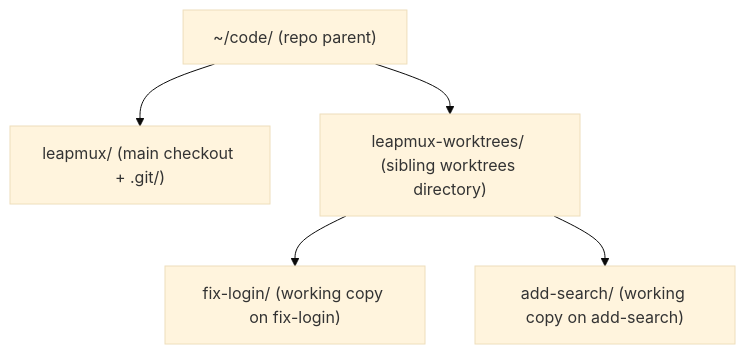
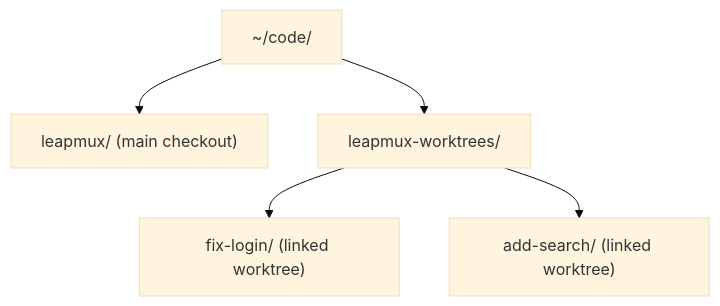
The diagram in site/content/docs/using/worktrees-and-branches.md (leapmux/leapmux), drawn with Mermaid (base theme) before and after one commit. The commit also changed other lines of this file and 165 other files, not shown here.

````diff
--- a/site/content/docs/using/worktrees-and-branches.md
+++ b/site/content/docs/using/worktrees-and-branches.md
@@ -130,7 +75,7 @@
 ```mermaid
 flowchart TD
-  Parent["~/code/ (repo parent)"] --> Main["leapmux/ (main checkout + .git/)"]
-  Parent --> Sibling["leapmux-worktrees/ (sibling worktrees directory)"]
-  Sibling --> Fix["fix-login/ (working copy on fix-login)"]
-  Sibling --> Search["add-search/ (working copy on add-search)"]
+  Parent["~/code/"] --> Main["leapmux/ (main checkout)"]
+  Parent --> Sibling["leapmux-worktrees/"]
+  Sibling --> Fix["fix-login/ (linked worktree)"]
+  Sibling --> Search["add-search/ (linked worktree)"]
 ```
````
